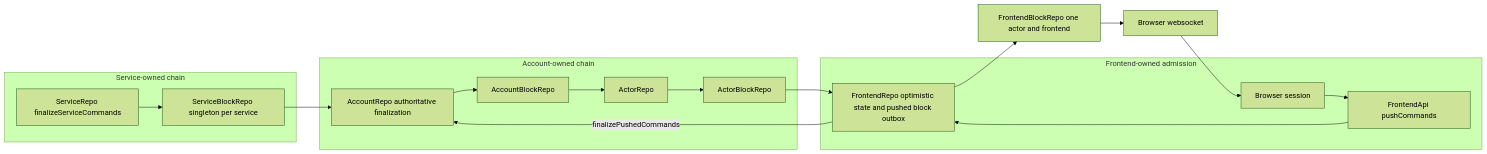
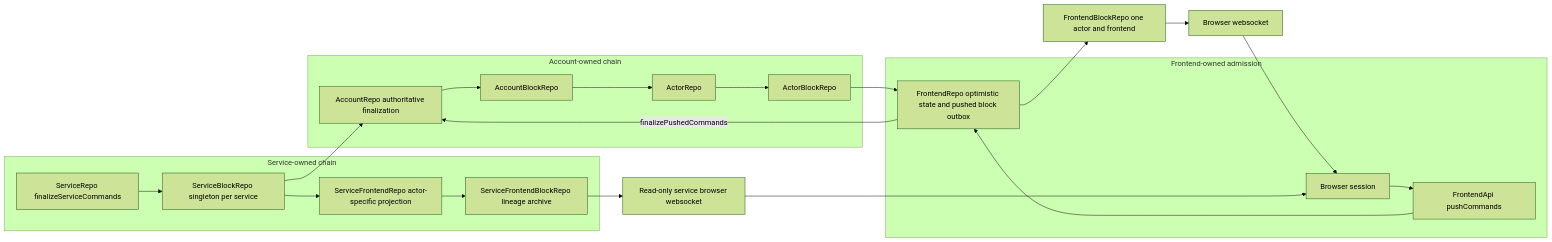
Before and after one commit to morgs32/qrk.sh: the first of 6 diagrams in wiki/architecture/Blockchain.md, drawn with Mermaid (forest theme). The commit also changed other lines of this file and 469 other files, not shown here.

````diff
--- a/wiki/architecture/Blockchain.md
+++ b/wiki/architecture/Blockchain.md
@@ -300,24 +373,28 @@
 ```mermaid
 flowchart LR
   subgraph AccountChain["Account-owned chain"]
     AR["AccountRepo authoritative finalization"] --> ABR["AccountBlockRepo"]
     ABR --> XR["ActorRepo"]
     XR --> XBR["ActorBlockRepo"]
   end
 
   subgraph ServiceChain["Service-owned chain"]
     SR["ServiceRepo finalizeServiceCommands"] --> SBR["ServiceBlockRepo singleton per service"]
+    SBR --> SFR["ServiceFrontendRepo actor-specific projection"]
+    SFR --> SFBR["ServiceFrontendBlockRepo lineage archive"]
   end
 
   subgraph FrontendAdmission["Frontend-owned admission"]
     Session["Browser session"] --> FA["FrontendApi pushCommands"]
     FA --> FR["FrontendRepo optimistic state and pushed block outbox"]
   end
 
   SBR --> AR
   FR -->|"finalizePushedCommands"| AR
   XBR --> FR
   FR --> FBR["FrontendBlockRepo one actor and frontend"]
   FBR --> WS["Browser websocket"]
+  SFBR --> SWS["Read-only service browser websocket"]
   WS --> Session
+  SWS --> Session
 ```
````
